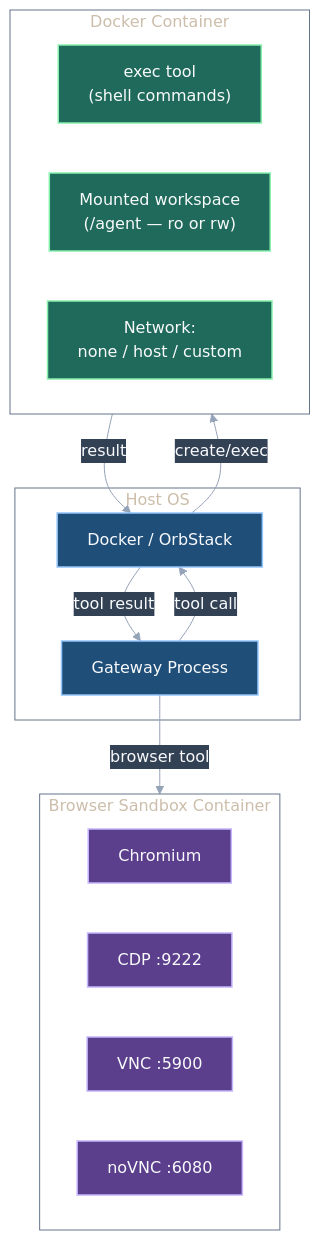
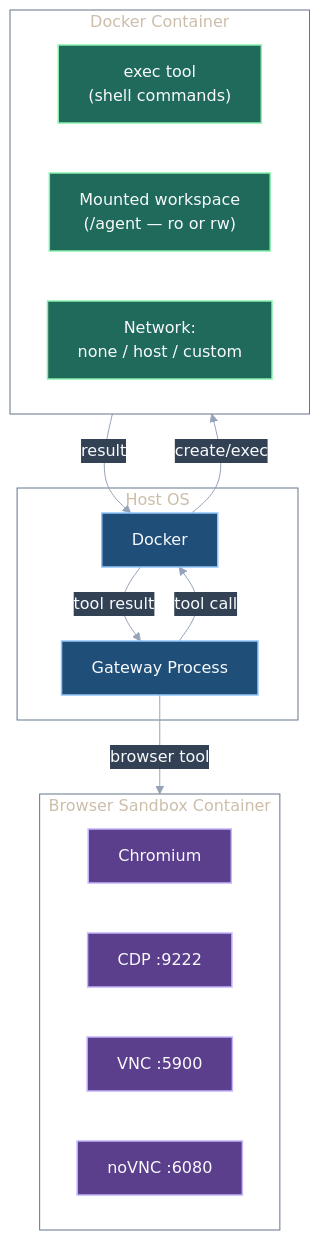
Before and after one commit to IT-HUSET/openclaw-guide: diagram 12 of 17 in content/docs/architecture.md, drawn with Mermaid. The commit also changed other lines of this file and 14 other files, not shown here.

````diff
--- a/content/docs/architecture.md
+++ b/content/docs/architecture.md
@@ -633,36 +633,36 @@
 ```mermaid
 %%{init: { "theme": "base", "themeVariables": { "fontFamily": "ui-sans-serif, -apple-system, BlinkMacSystemFont, Segoe UI, Helvetica, Arial", "primaryColor": "#1F4E79", "primaryBorderColor": "#93C5FD", "primaryTextColor": "#F8FAFC", "lineColor": "#94A3B8", "secondaryColor": "#334155", "tertiaryColor": "#334155", "clusterBkg": "transparent", "clusterBorder": "#64748B", "background": "transparent" } }}%%
 graph TB
     subgraph HOST["Host OS"]
         GW_H["Gateway Process"]
-        DOCKER["Docker / OrbStack"]
+        DOCKER["Docker"]
     end
 
     subgraph CONTAINER["Docker Container"]
         EXEC_C["exec tool<br/>(shell commands)"]
         FS_C["Mounted workspace<br/>(/agent — ro or rw)"]
         NET_C["Network:<br/>none / host / custom"]
     end
 
     GW_H -->|"tool call"| DOCKER
     DOCKER -->|"create/exec"| CONTAINER
     CONTAINER -->|"result"| DOCKER
     DOCKER -->|"tool result"| GW_H
 
     subgraph BROWSER_C["Browser Sandbox Container"]
         CHROMIUM["Chromium"]
         CDP_C["CDP :9222"]
         VNC_C["VNC :5900"]
         NOVNC_C["noVNC :6080"]
     end
 
     GW_H -->|"browser tool"| BROWSER_C
 
     classDef host fill:#1F4E79,stroke:#93C5FD,color:#F8FAFC,stroke-width:1.5px
     classDef container fill:#1F6A5A,stroke:#86EFAC,color:#F8FAFC,stroke-width:1.5px
     classDef browser fill:#5B3E8C,stroke:#C4B5FD,color:#F8FAFC,stroke-width:1.5px
 
     class GW_H,DOCKER host
     class EXEC_C,FS_C,NET_C container
     class CHROMIUM,CDP_C,VNC_C,NOVNC_C browser
 ```
````
